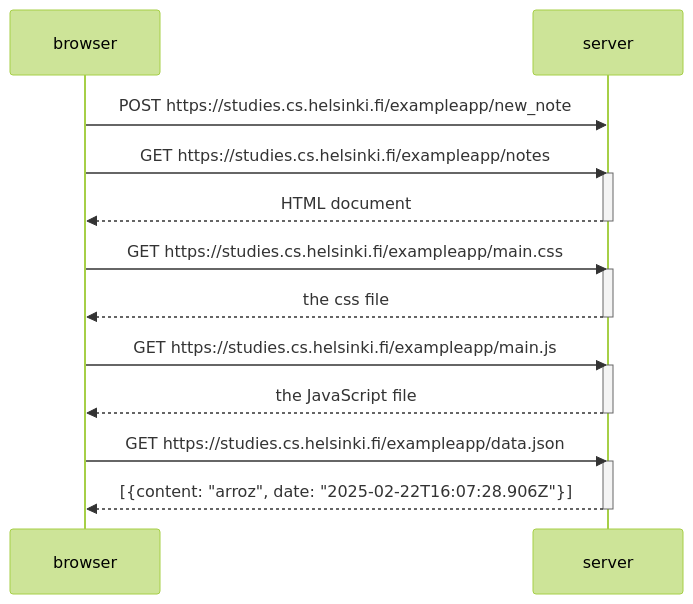
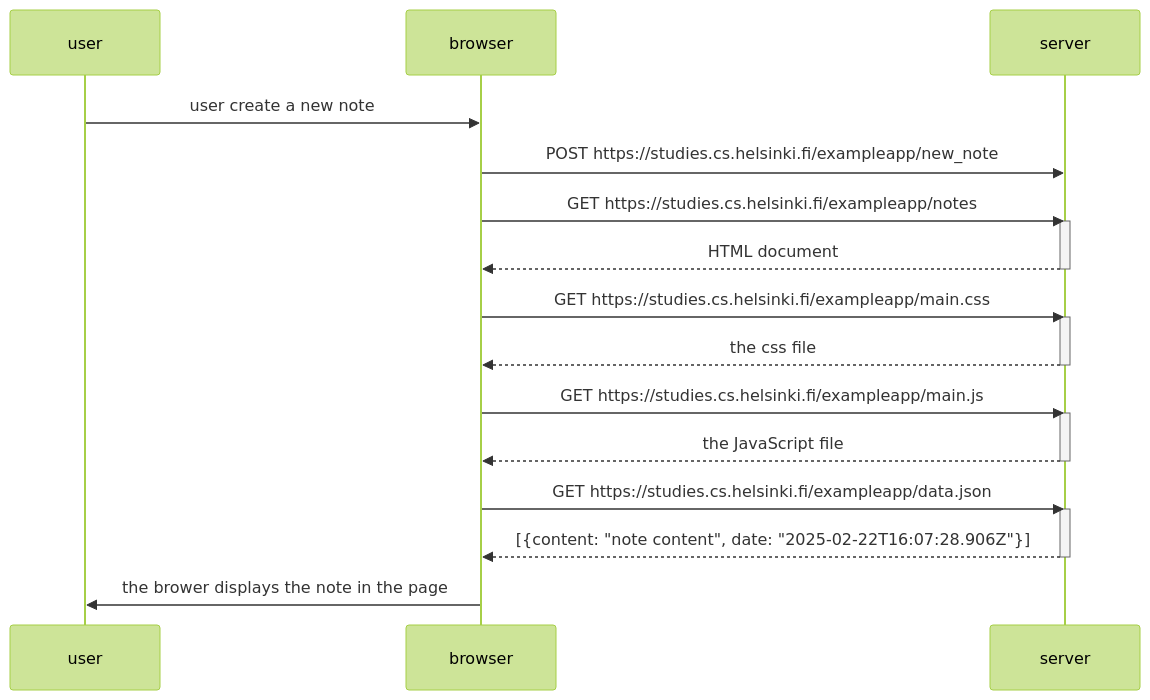
Before and after one commit to ancafu123/fullstackopen: the diagram in 0.4.mermaid, drawn with Mermaid.

```diff
--- a/0.4.mermaid
+++ b/0.4.mermaid
@@ -1,28 +1,33 @@
 ---
 config:
   theme: forest
 ---
 sequenceDiagram
+    participant user
     participant browser
     participant server
+
+    user->>browser: user create a new note
 
     browser->>server: POST https://studies.cs.helsinki.fi/exampleapp/new_note
     browser->>server: GET https://studies.cs.helsinki.fi/exampleapp/notes
     activate server
     server-->>browser: HTML document
     deactivate server
 
     browser->>server: GET https://studies.cs.helsinki.fi/exampleapp/main.css
     activate server
     server-->>browser: the css file
     deactivate server
 
     browser->>server: GET https://studies.cs.helsinki.fi/exampleapp/main.js
     activate server
     server-->>browser: the JavaScript file
     deactivate server
 
     browser->>server: GET https://studies.cs.helsinki.fi/exampleapp/data.json
     activate server
-    server-->>browser: [{content: "arroz", date: "2025-02-22T16:07:28.906Z"}]
+    server-->>browser: [{content: "note content", date: "2025-02-22T16:07:28.906Z"}]
     deactivate server
+
+    browser->>user: the brower displays the note in the page
```
